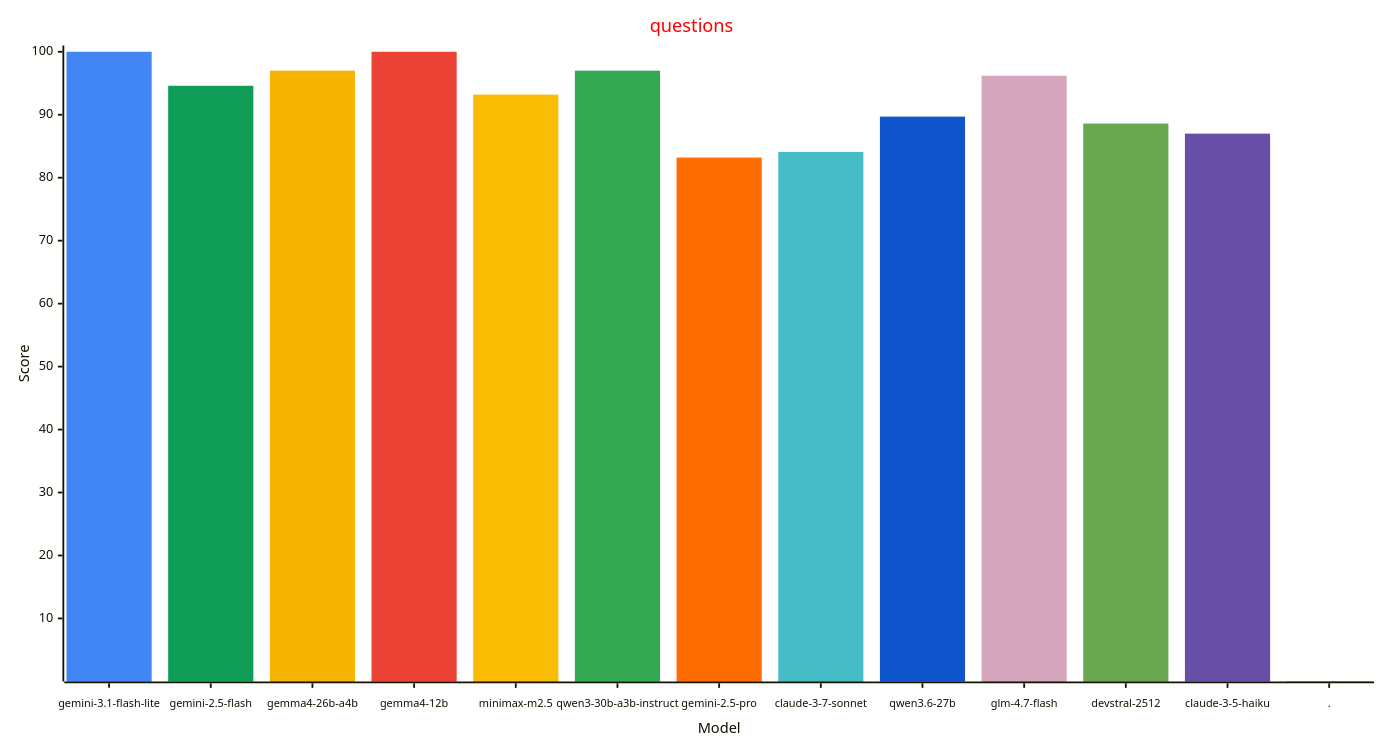
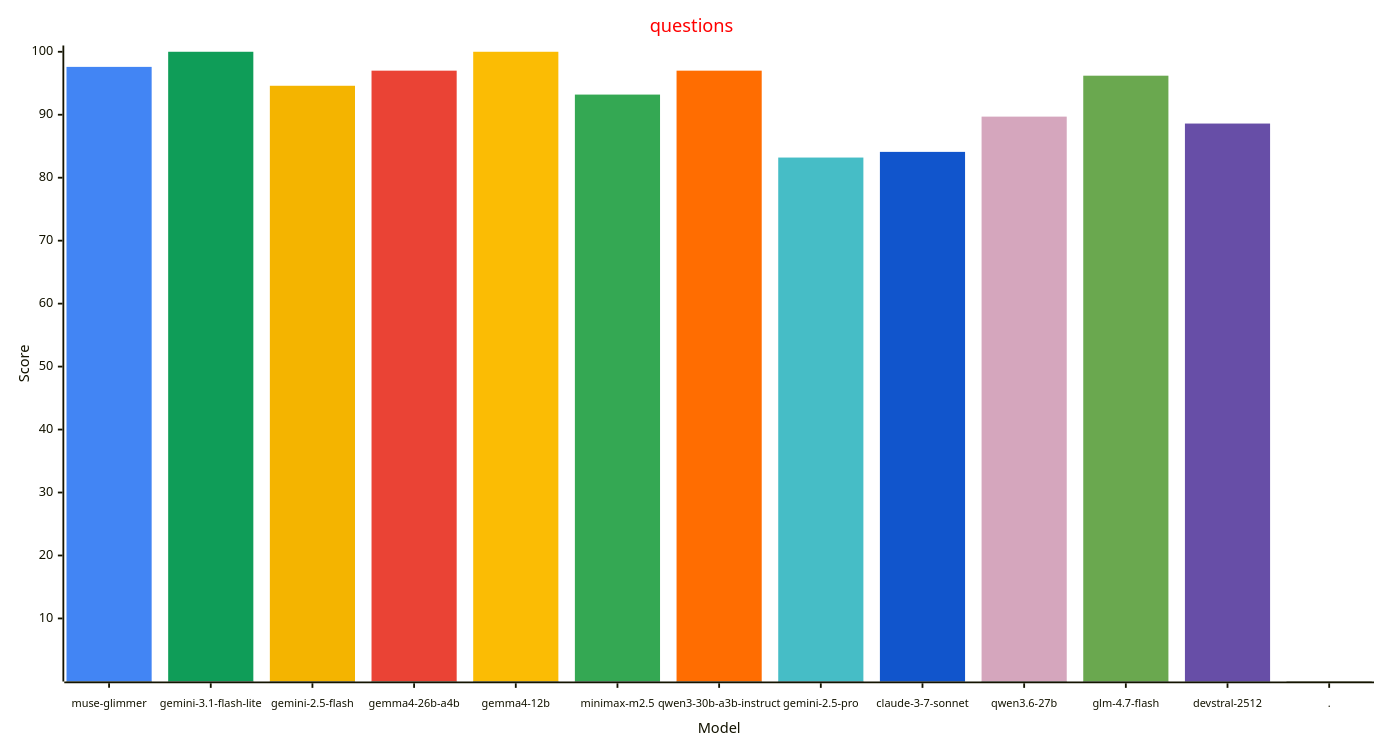
Before and after one commit to allenporter/home-assistant-datasets: the third of 4 diagrams in reports/README.md, drawn with Mermaid. The commit also changed other lines of this file, not shown here.

````diff
--- a/reports/README.md
+++ b/reports/README.md
@@ -175,33 +176,33 @@
 ```mermaid
 ---
 config:
     xyChart:
         width: 1500
         height: 800
         xAxis:
           labelFontSize: 12
           labelPadding: 8
     themeVariables:
         xyChart:
             titleColor: "#ff0000"
             plotColorPalette: "#4285f4, #0f9d58, #f4b400, #ea4335, #fbbc04, #34a853, #ff6d01, #46bdc6, #1155cc, #d5a6bd, #6aa84f, #674ea7, #4285f4"
 
 ---
 xychart-beta
   title "questions"
-  x-axis "Model" [gemini-3.1-flash-lite, gemini-2.5-flash, gemma4-26b-a4b, gemma4-12b, minimax-m2.5, qwen3-30b-a3b-instruct, gemini-2.5-pro, claude-3-7-sonnet, qwen3.6-27b, glm-4.7-flash, devstral-2512, claude-3-5-haiku, .]
+  x-axis "Model" [muse-glimmer, gemini-3.1-flash-lite, gemini-2.5-flash, gemma4-26b-a4b, gemma4-12b, minimax-m2.5, qwen3-30b-a3b-instruct, gemini-2.5-pro, claude-3-7-sonnet, qwen3.6-27b, glm-4.7-flash, devstral-2512, .]
   y-axis "Score" 1 --> 100
-  bar [100.0, 0.0, 0.0, 0.0, 0.0, 0.0, 0.0, 0.0, 0.0, 0.0, 0.0, 0.0, 0.0]
-  bar [0.0, 94.6, 0.0, 0.0, 0.0, 0.0, 0.0, 0.0, 0.0, 0.0, 0.0, 0.0, 0.0]
-  bar [0.0, 0.0, 97.0, 0.0, 0.0, 0.0, 0.0, 0.0, 0.0, 0.0, 0.0, 0.0, 0.0]
-  bar [0.0, 0.0, 0.0, 100.0, 0.0, 0.0, 0.0, 0.0, 0.0, 0.0, 0.0, 0.0, 0.0]
-  bar [0.0, 0.0, 0.0, 0.0, 93.2, 0.0, 0.0, 0.0, 0.0, 0.0, 0.0, 0.0, 0.0]
-  bar [0.0, 0.0, 0.0, 0.0, 0.0, 97.0, 0.0, 0.0, 0.0, 0.0, 0.0, 0.0, 0.0]
-  bar [0.0, 0.0, 0.0, 0.0, 0.0, 0.0, 83.2, 0.0, 0.0, 0.0, 0.0, 0.0, 0.0]
-  bar [0.0, 0.0, 0.0, 0.0, 0.0, 0.0, 0.0, 84.1, 0.0, 0.0, 0.0, 0.0, 0.0]
-  bar [0.0, 0.0, 0.0, 0.0, 0.0, 0.0, 0.0, 0.0, 89.7, 0.0, 0.0, 0.0, 0.0]
-  bar [0.0, 0.0, 0.0, 0.0, 0.0, 0.0, 0.0, 0.0, 0.0, 96.2, 0.0, 0.0, 0.0]
-  bar [0.0, 0.0, 0.0, 0.0, 0.0, 0.0, 0.0, 0.0, 0.0, 0.0, 88.6, 0.0, 0.0]
-  bar [0.0, 0.0, 0.0, 0.0, 0.0, 0.0, 0.0, 0.0, 0.0, 0.0, 0.0, 87.0, 0.0]
+  bar [97.6, 0.0, 0.0, 0.0, 0.0, 0.0, 0.0, 0.0, 0.0, 0.0, 0.0, 0.0, 0.0]
+  bar [0.0, 100.0, 0.0, 0.0, 0.0, 0.0, 0.0, 0.0, 0.0, 0.0, 0.0, 0.0, 0.0]
+  bar [0.0, 0.0, 94.6, 0.0, 0.0, 0.0, 0.0, 0.0, 0.0, 0.0, 0.0, 0.0, 0.0]
+  bar [0.0, 0.0, 0.0, 97.0, 0.0, 0.0, 0.0, 0.0, 0.0, 0.0, 0.0, 0.0, 0.0]
+  bar [0.0, 0.0, 0.0, 0.0, 100.0, 0.0, 0.0, 0.0, 0.0, 0.0, 0.0, 0.0, 0.0]
+  bar [0.0, 0.0, 0.0, 0.0, 0.0, 93.2, 0.0, 0.0, 0.0, 0.0, 0.0, 0.0, 0.0]
+  bar [0.0, 0.0, 0.0, 0.0, 0.0, 0.0, 97.0, 0.0, 0.0, 0.0, 0.0, 0.0, 0.0]
+  bar [0.0, 0.0, 0.0, 0.0, 0.0, 0.0, 0.0, 83.2, 0.0, 0.0, 0.0, 0.0, 0.0]
+  bar [0.0, 0.0, 0.0, 0.0, 0.0, 0.0, 0.0, 0.0, 84.1, 0.0, 0.0, 0.0, 0.0]
+  bar [0.0, 0.0, 0.0, 0.0, 0.0, 0.0, 0.0, 0.0, 0.0, 89.7, 0.0, 0.0, 0.0]
+  bar [0.0, 0.0, 0.0, 0.0, 0.0, 0.0, 0.0, 0.0, 0.0, 0.0, 96.2, 0.0, 0.0]
+  bar [0.0, 0.0, 0.0, 0.0, 0.0, 0.0, 0.0, 0.0, 0.0, 0.0, 0.0, 88.6, 0.0]
   bar [0.0, 0.0, 0.0, 0.0, 0.0, 0.0, 0.0, 0.0, 0.0, 0.0, 0.0, 0.0, -1.0]
 ```
````
